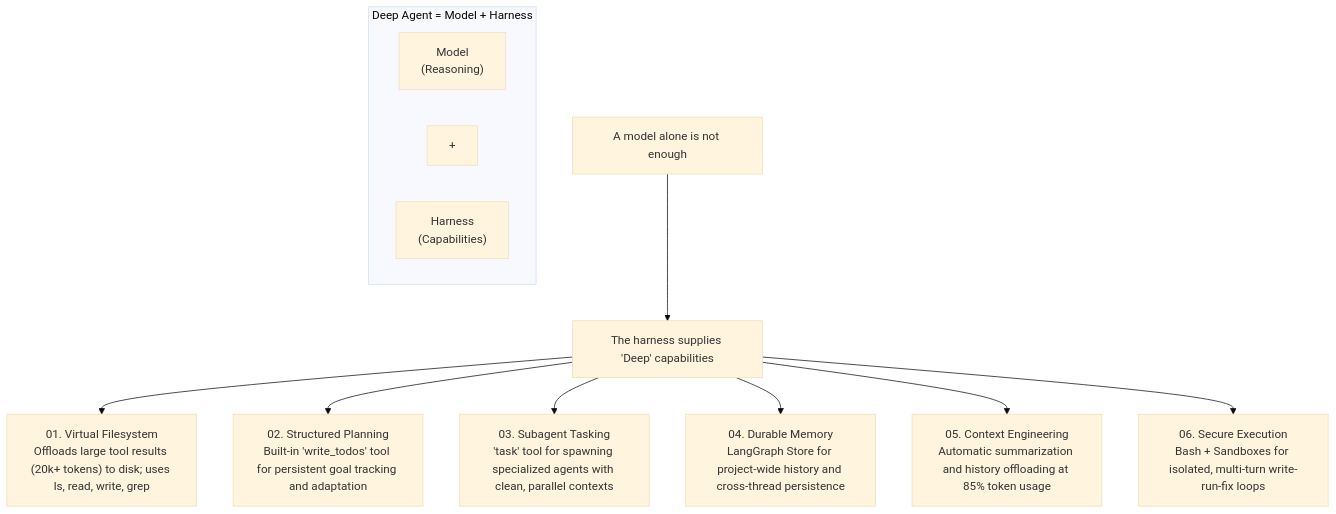
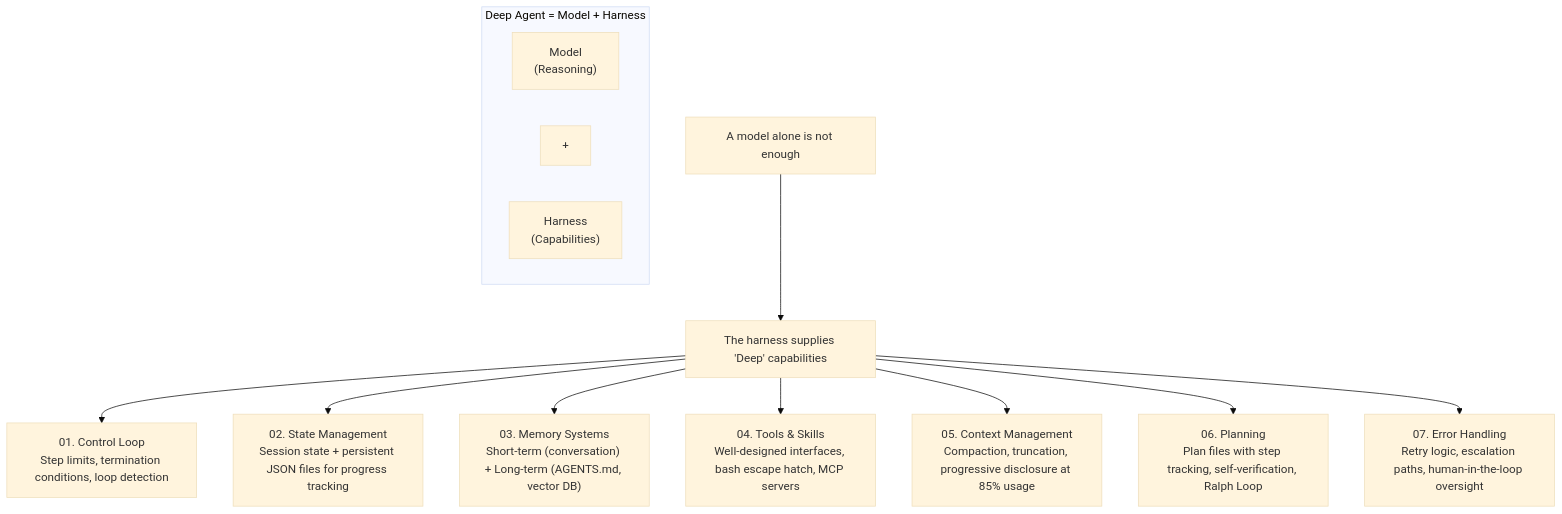
The diagram in README.md (jerryshao2012/deepagents-demo), drawn with Mermaid (base theme) before and after one commit. The commit also changed other lines of this file, not shown here.

First line of the commit message:
docs(readme): update readme with detailed harness engineering content

````diff
--- a/README.md
+++ b/README.md
@@ -13,18 +31,19 @@
 ```mermaid
 flowchart TB
     subgraph A["Deep Agent = Model + Harness"]
         direction LR
         M["Model<br/>(Reasoning)"]
         P["+"]
         H["Harness<br/>(Capabilities)"]
     end
 
     L["A model alone is not enough"] --> C["The harness supplies 'Deep' capabilities"]
 
-    C --> H1["01. Virtual Filesystem<br/>Offloads large tool results (20k+ tokens) to disk; uses ls, read, write, grep"]
-    C --> H2["02. Structured Planning<br/>Built-in 'write_todos' tool for persistent goal tracking and adaptation"]
-    C --> H3["03. Subagent Tasking<br/>'task' tool for spawning specialized agents with clean, parallel contexts"]
-    C --> H4["04. Durable Memory<br/>LangGraph Store for project-wide history and cross-thread persistence"]
-    C --> H5["05. Context Engineering<br/>Automatic summarization and history offloading at 85% token usage"]
-    C --> H6["06. Secure Execution<br/>Bash + Sandboxes for isolated, multi-turn write-run-fix loops"]
+    C --> H1["01. Control Loop<br/>Step limits, termination conditions, loop detection"]
+    C --> H2["02. State Management<br/>Session state + persistent JSON files for progress tracking"]
+    C --> H3["03. Memory Systems<br/>Short-term (conversation) + Long-term (AGENTS.md, vector DB)"]
+    C --> H4["04. Tools & Skills<br/>Well-designed interfaces, bash escape hatch, MCP servers"]
+    C --> H5["05. Context Management<br/>Compaction, truncation, progressive disclosure at 85% usage"]
+    C --> H6["06. Planning<br/>Plan files with step tracking, self-verification, Ralph Loop"]
+    C --> H7["07. Error Handling<br/>Retry logic, escalation paths, human-in-the-loop oversight"]
 ```
````
